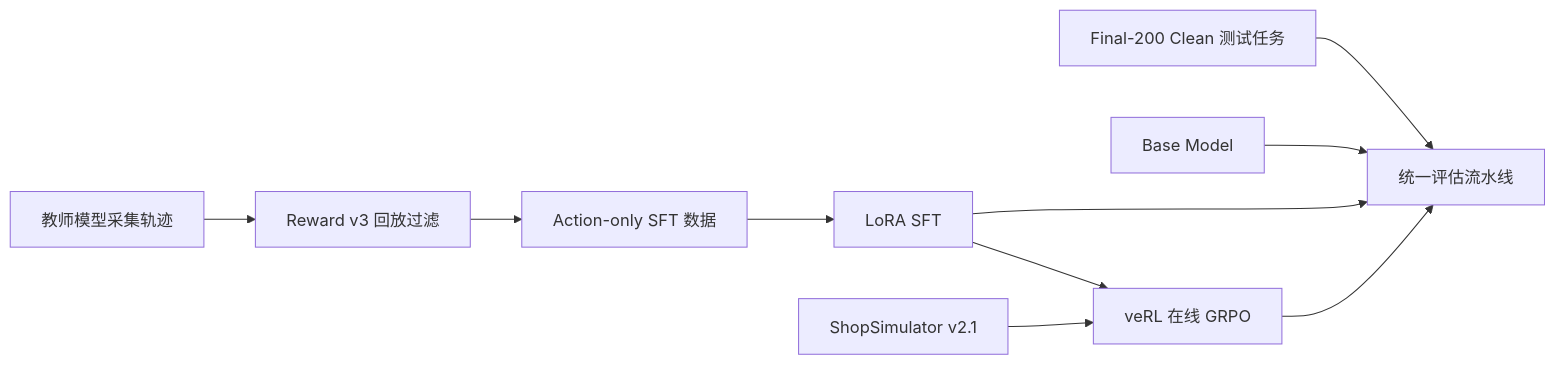
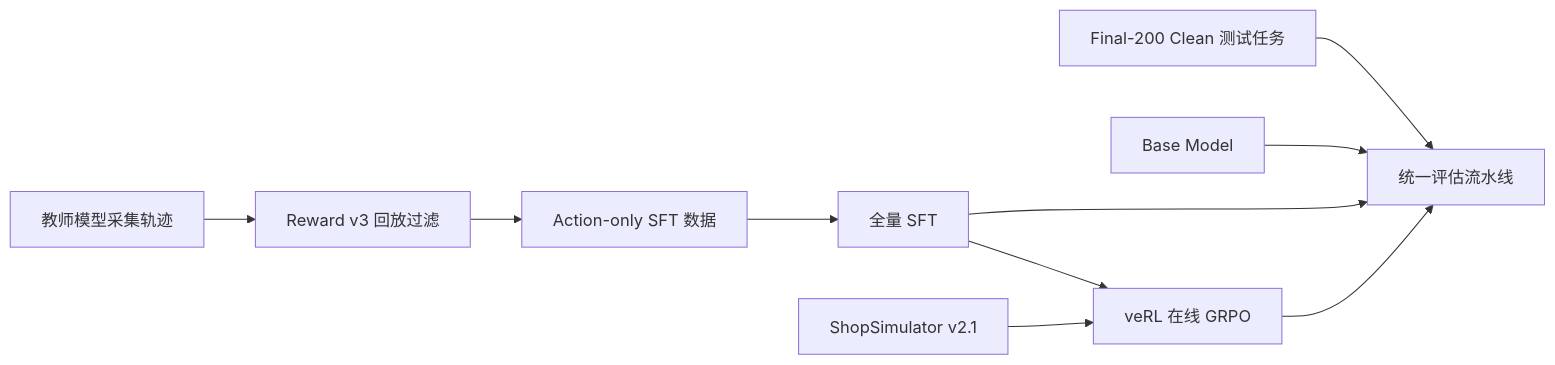
Before and after one commit to ZiqiGuan892/shop: the first of 2 diagrams in README.md, drawn with Mermaid. The commit also changed other lines of this file and 9 other files, not shown here.

````diff
--- a/README.md
+++ b/README.md
@@ -52,12 +52,12 @@
 ```mermaid
 flowchart LR
     A[教师模型采集轨迹] --> B[Reward v3 回放过滤]
     B --> C[Action-only SFT 数据]
-    C --> D[LoRA SFT]
+    C --> D[全量 SFT]
     D --> E[veRL 在线 GRPO]
     F[ShopSimulator v2.1] --> E
     G[Final-200 Clean 测试任务] --> H[统一评估流水线]
     I[Base Model] --> H
     D --> H
     E --> H
 ```
````
